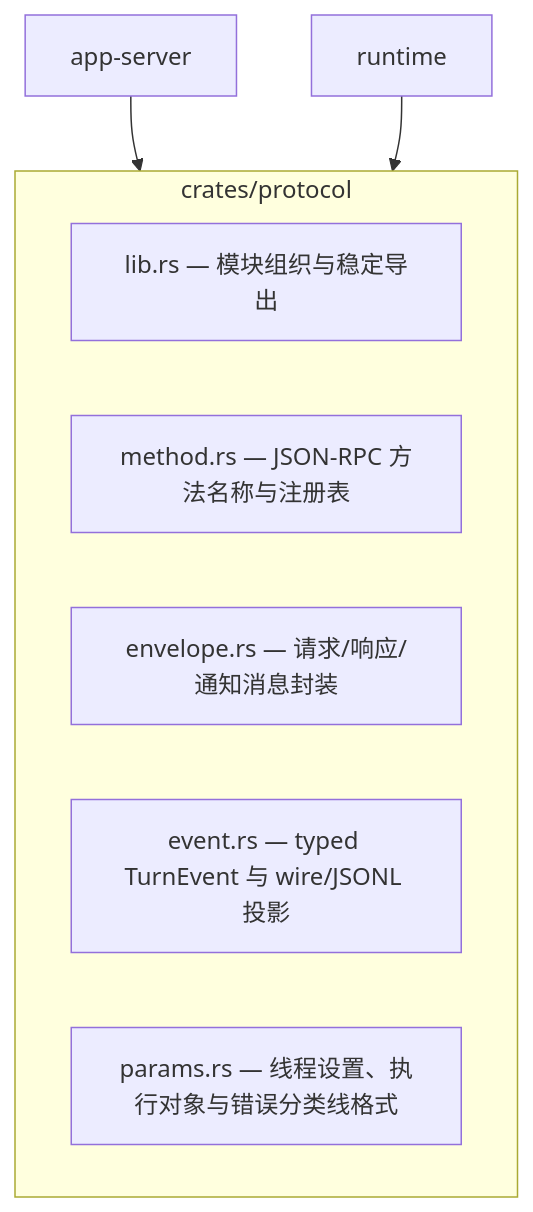
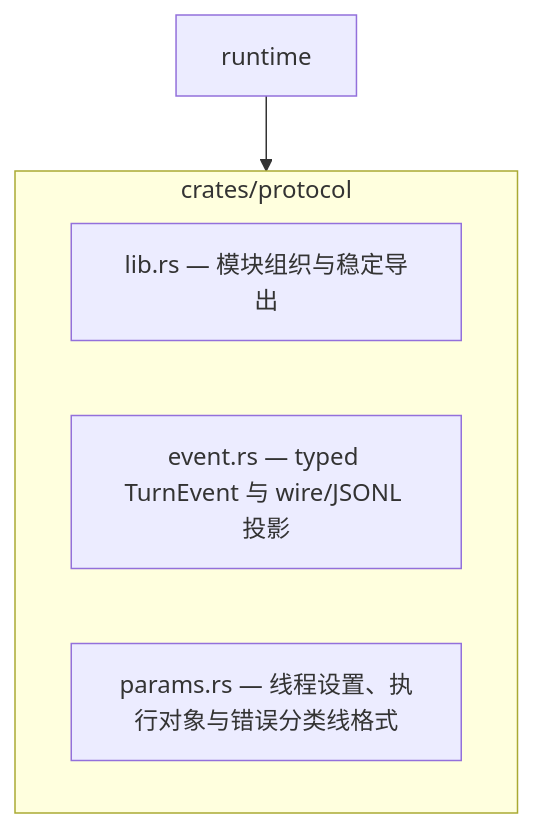
One commit to qjcnmd/singularity-agent changed the fourth of 9 diagrams in docs/repository-map.md. Above: the diagram before and after it, drawn with Mermaid. The commit also changed other lines of this file and 100 other files, not shown here.

````diff
--- a/docs/repository-map.md
+++ b/docs/repository-map.md
@@ -67,12 +64,9 @@
 ```mermaid
 flowchart TD
     subgraph protocol["crates/protocol"]
         lib["lib.rs — 模块组织与稳定导出"]
-        method["method.rs — JSON-RPC 方法名称与注册表"]
-        envelope["envelope.rs — 请求/响应/通知消息封装"]
         event["event.rs — typed TurnEvent 与 wire/JSONL 投影"]
         params["params.rs — 线程设置、执行对象与错误分类线格式"]
     end
-    appserver["app-server"] --> protocol
     runtime["runtime"] --> protocol
 ```
````
